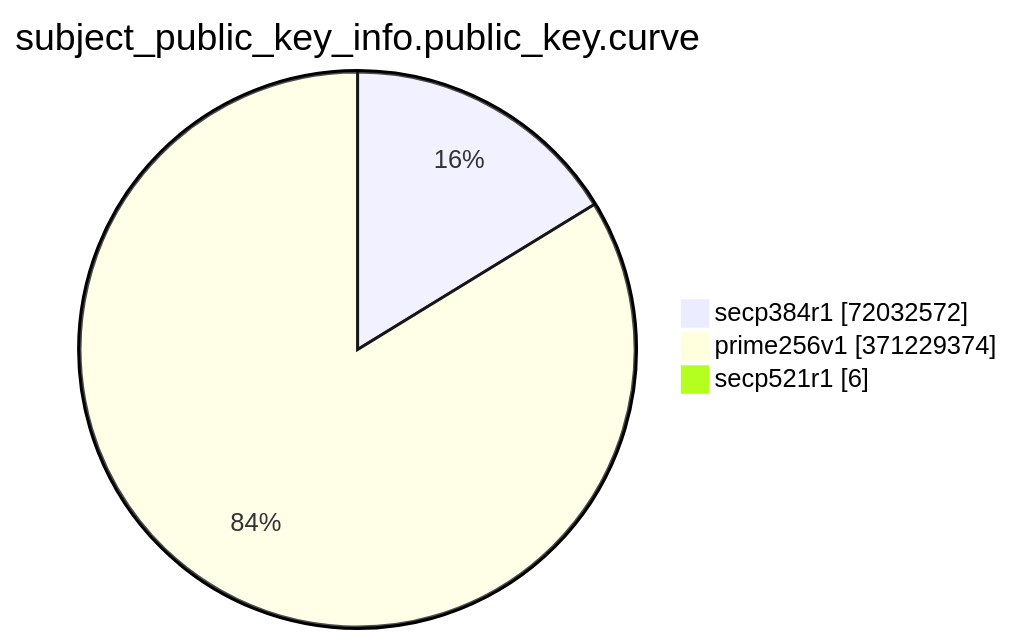
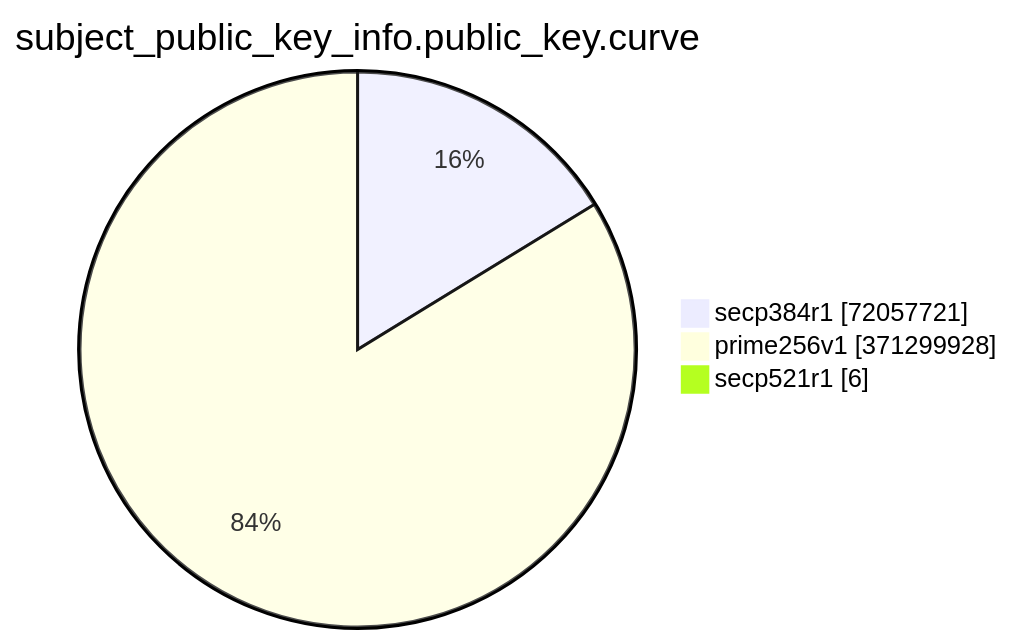
The eighth of 15 diagrams in TOTAL/README.md (christiankrug/ctmonitor_visualization), drawn with Mermaid before and after one commit. The commit also changed other lines of this file, not shown here.

````diff
--- a/TOTAL/README.md
+++ b/TOTAL/README.md
@@ -3092,7 +3092,7 @@
 ```mermaid
 pie showData
 title subject_public_key_info.public_key.curve
-"secp384r1" :72032572
-"prime256v1" :371229374
+"secp384r1" :72057721
+"prime256v1" :371299928
 "secp521r1" :6
 ```
````
